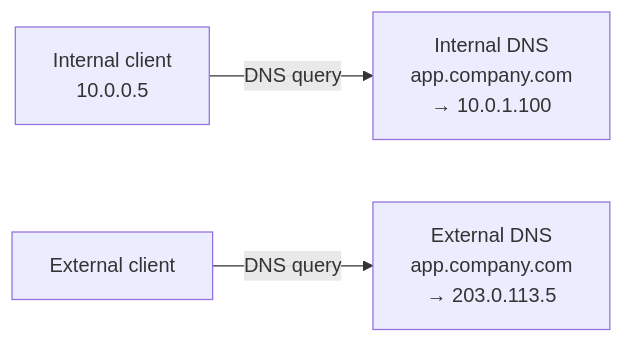
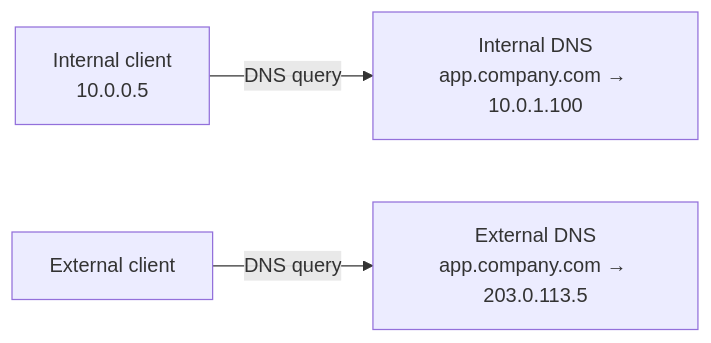
One commit to adulbrich/cs312 changed the second of 8 diagrams in src/content/docs/lectures/network-services-and-application-delivery.mdx. Above: the diagram before and after it, drawn with Mermaid. The commit also changed other lines of this file, not shown here.

````diff
--- a/src/content/docs/lectures/network-services-and-application-delivery.mdx
+++ b/src/content/docs/lectures/network-services-and-application-delivery.mdx
@@ -134,10 +95,10 @@
 ```mermaid
 flowchart LR
   Internal["Internal client\n10.0.0.5"]
   External["External client"]
-  InDNS["Internal DNS\napp.company.com\n→ 10.0.1.100"]
-  ExtDNS["External DNS\napp.company.com\n→ 203.0.113.5"]
+  InDNS["Internal DNS\napp.company.com → 10.0.1.100"]
+  ExtDNS["External DNS\napp.company.com → 203.0.113.5"]
 
   Internal -->|"DNS query"| InDNS
   External -->|"DNS query"| ExtDNS
 ```
````
